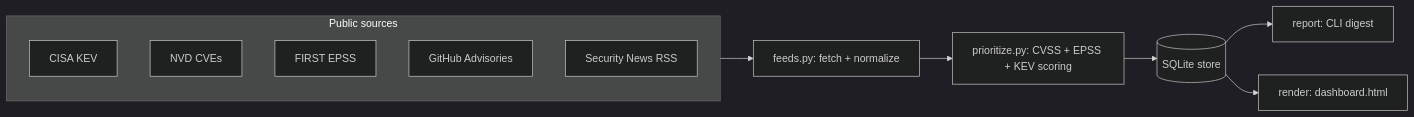
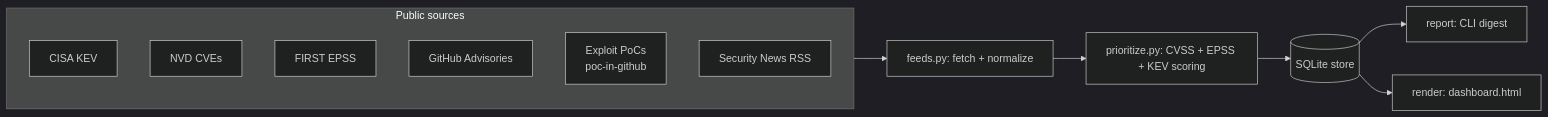
One commit to rinz0x0cruz/threatscope changed the diagram in README.md. Above: the diagram before and after it, drawn with Mermaid (dark theme). The commit also changed other lines of this file and 6 other files, not shown here.

First line of the commit message:
Add public exploit/PoC availability as a 4th scoring signal (poc-in-github)

````diff
--- a/README.md
+++ b/README.md
@@ -31,15 +33,16 @@
 ```mermaid
 flowchart LR
     subgraph Sources [Public sources]
         KEV[CISA KEV]
         NVD[NVD CVEs]
         EPSS[FIRST EPSS]
         GHSA[GitHub Advisories]
+        POC[Exploit PoCs<br/>poc-in-github]
         RSS[Security News RSS]
     end
     Sources --> F[feeds.py: fetch + normalize]
     F --> P[prioritize.py: CVSS + EPSS + KEV scoring]
     P --> S[(SQLite store)]
     S --> R[report: CLI digest]
     S --> D[render: dashboard.html]
 ```
````
